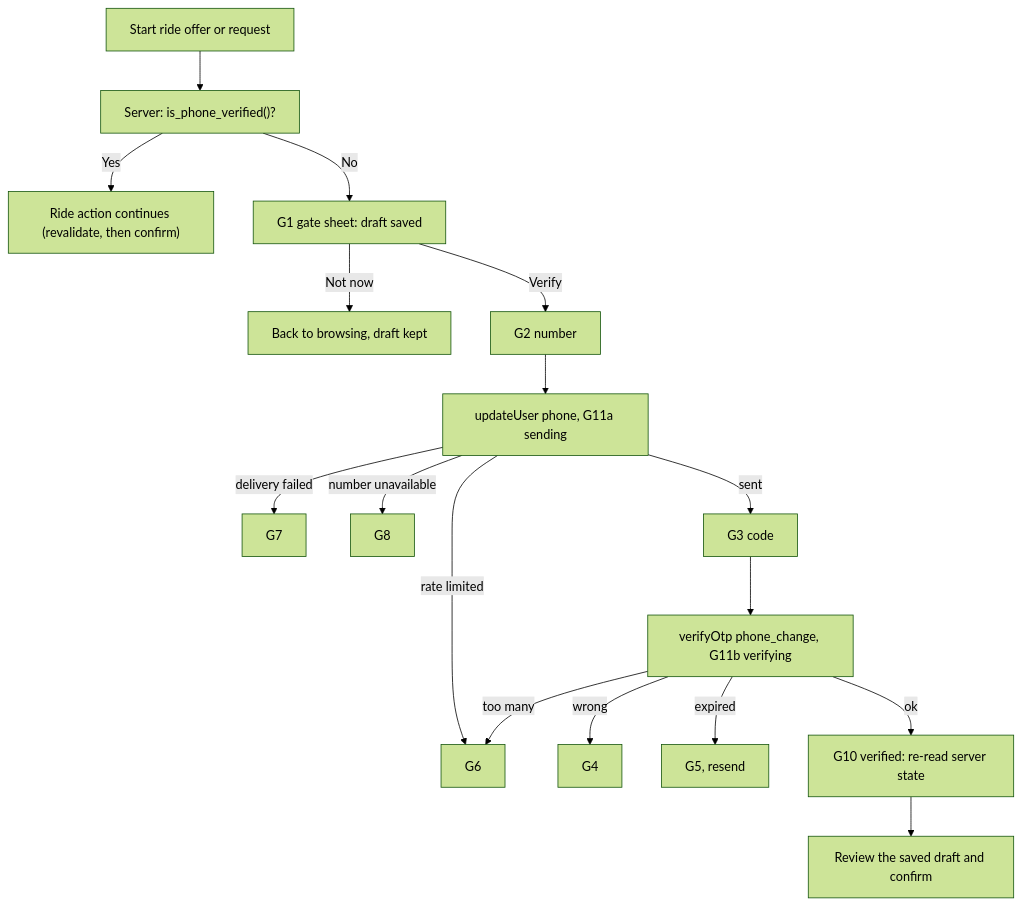
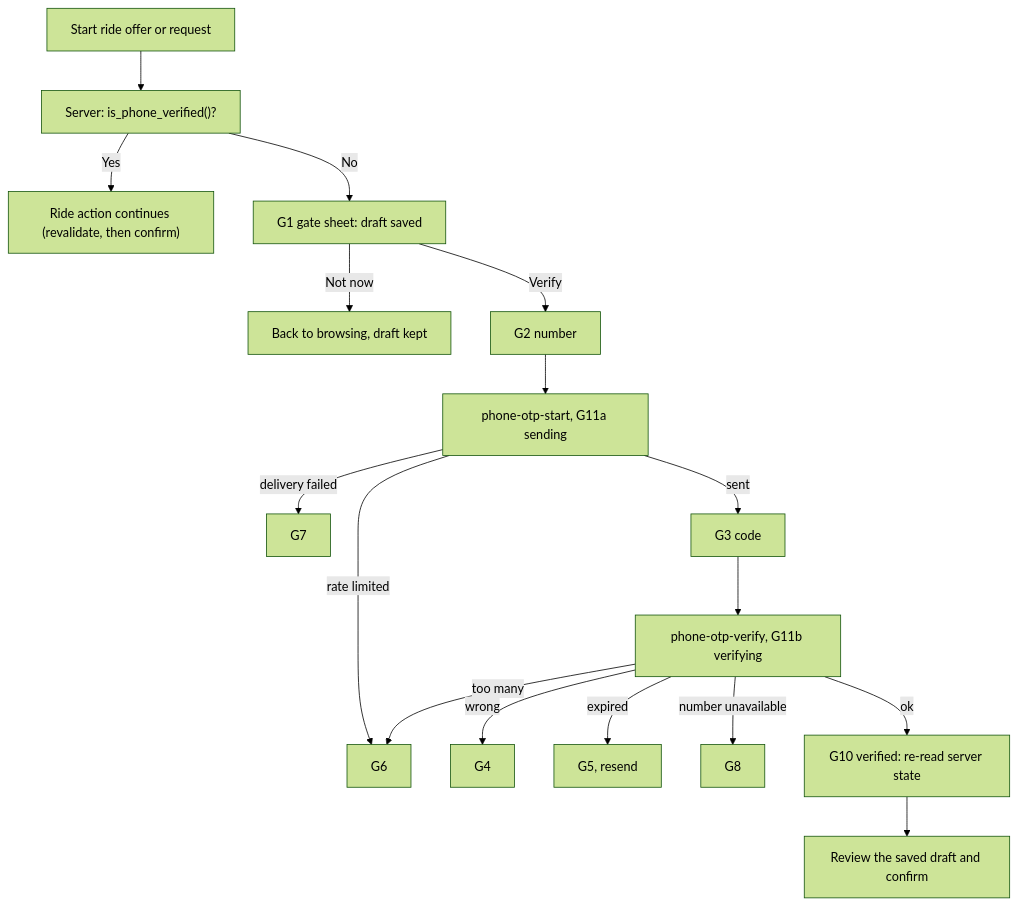
Before and after one commit to BCMHub/Tawsila: the diagram in docs/superpowers/specs/2026-10-26-TAW-5-design.md, drawn with Mermaid (forest theme). The commit also changed other lines of this file and 1 other file, not shown here.

Commit message:
TAW-5 Switch spec and ADR to project-owned OTP (option B) after gate round 2

````diff
--- a/docs/superpowers/specs/2026-10-26-TAW-5-design.md
+++ b/docs/superpowers/specs/2026-10-26-TAW-5-design.md
@@ -26,19 +26,19 @@
 ```mermaid
 flowchart TD
     A["Start ride offer or request"] --> B["Server: is_phone_verified()?"]
     B -->|Yes| Z["Ride action continues (revalidate, then confirm)"]
     B -->|No| C["G1 gate sheet: draft saved"]
     C -->|Not now| A0["Back to browsing, draft kept"]
     C -->|Verify| D["G2 number"]
-    D --> E["updateUser phone, G11a sending"]
+    D --> E["phone-otp-start, G11a sending"]
     E -->|delivery failed| F["G7"]
     E -->|rate limited| G["G6"]
-    E -->|number unavailable| H["G8"]
     E -->|sent| I["G3 code"]
-    I --> J["verifyOtp phone_change, G11b verifying"]
+    I --> J["phone-otp-verify, G11b verifying"]
     J -->|wrong| K["G4"]
     J -->|expired| L["G5, resend"]
     J -->|too many| G
+    J -->|number unavailable| H["G8"]
     J -->|ok| M["G10 verified: re-read server state"]
     M --> N["Review the saved draft and confirm"]
 ```
````
